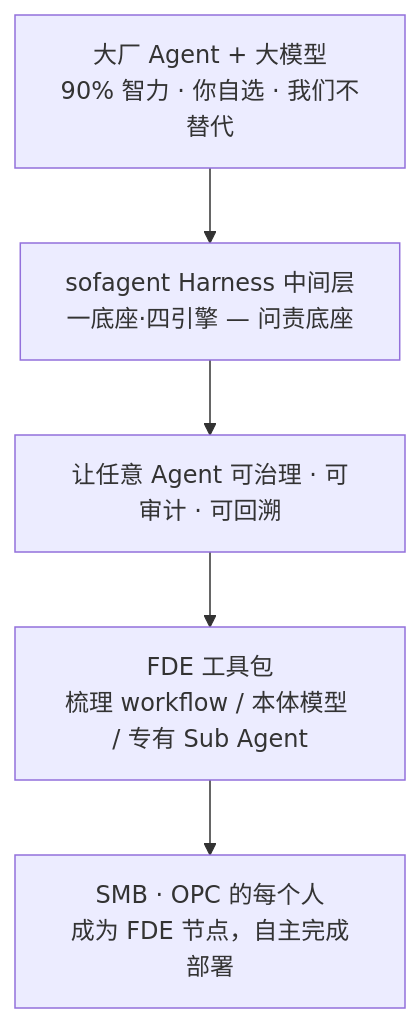
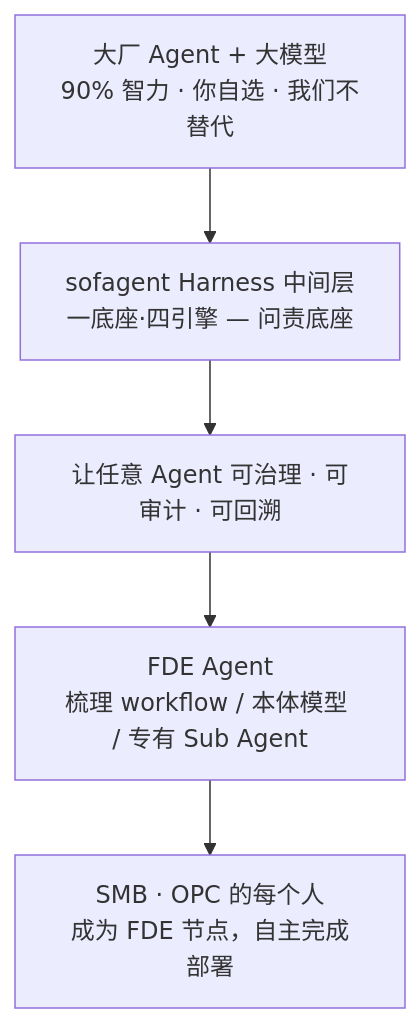
One commit to KongFangXun/sofagent changed the first of 5 diagrams in docs/ARCHITECTURE.md. Above: the diagram before and after it, drawn with Mermaid. The commit also changed other lines of this file and 3 other files, not shown here.

First line of the commit message:
docs(v1.2.0-narrative): 对外叙事翻牌——FDE 工具包→FDE Agent（第2批·hunk手术4文件）

````diff
--- a/docs/ARCHITECTURE.md
+++ b/docs/ARCHITECTURE.md
@@ -12,7 +12,7 @@
 ```mermaid
 graph TD
     A[大厂 Agent + 大模型<br/>90% 智力 · 你自选 · 我们不替代] --> B[sofagent Harness 中间层<br/>一底座·四引擎 — 问责底座]
     B --> C[让任意 Agent 可治理 · 可审计 · 可回溯]
-    C --> D[FDE 工具包<br/>梳理 workflow / 本体模型 / 专有 Sub Agent]
+    C --> D[FDE Agent<br/>梳理 workflow / 本体模型 / 专有 Sub Agent]
     D --> E[SMB · OPC 的每个人<br/>成为 FDE 节点，自主完成部署]
 ```
````
